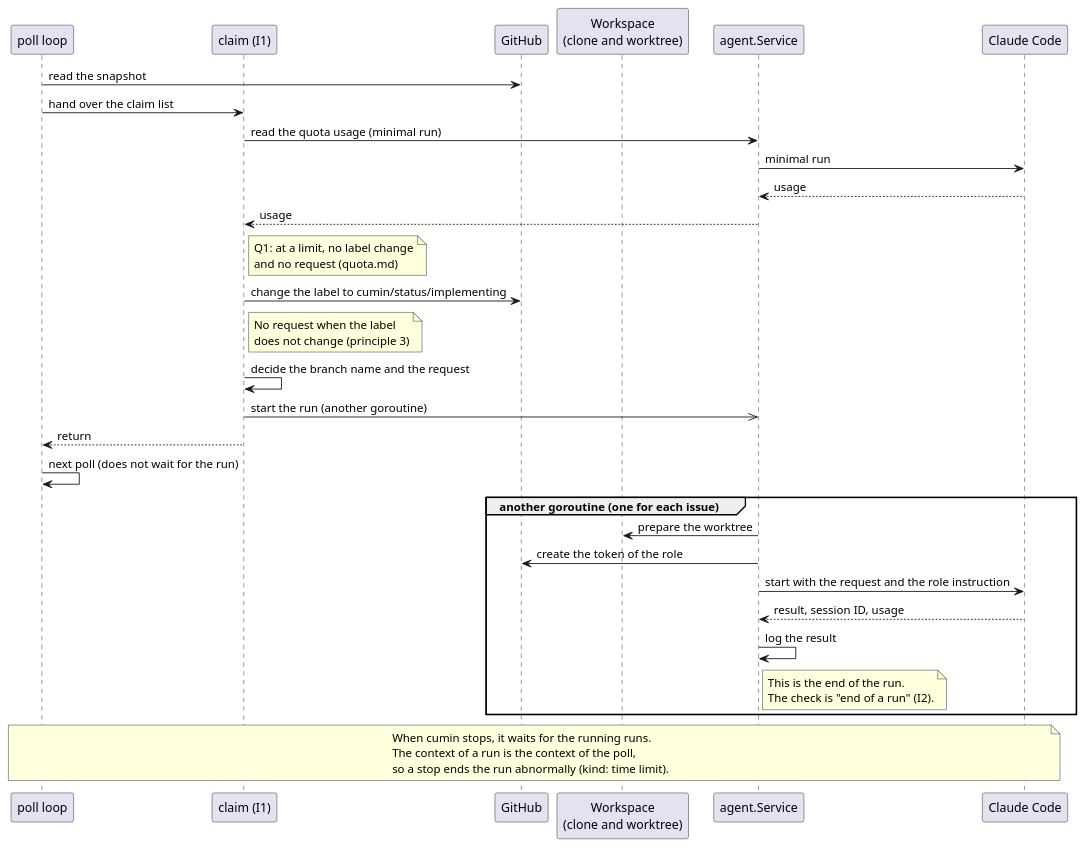
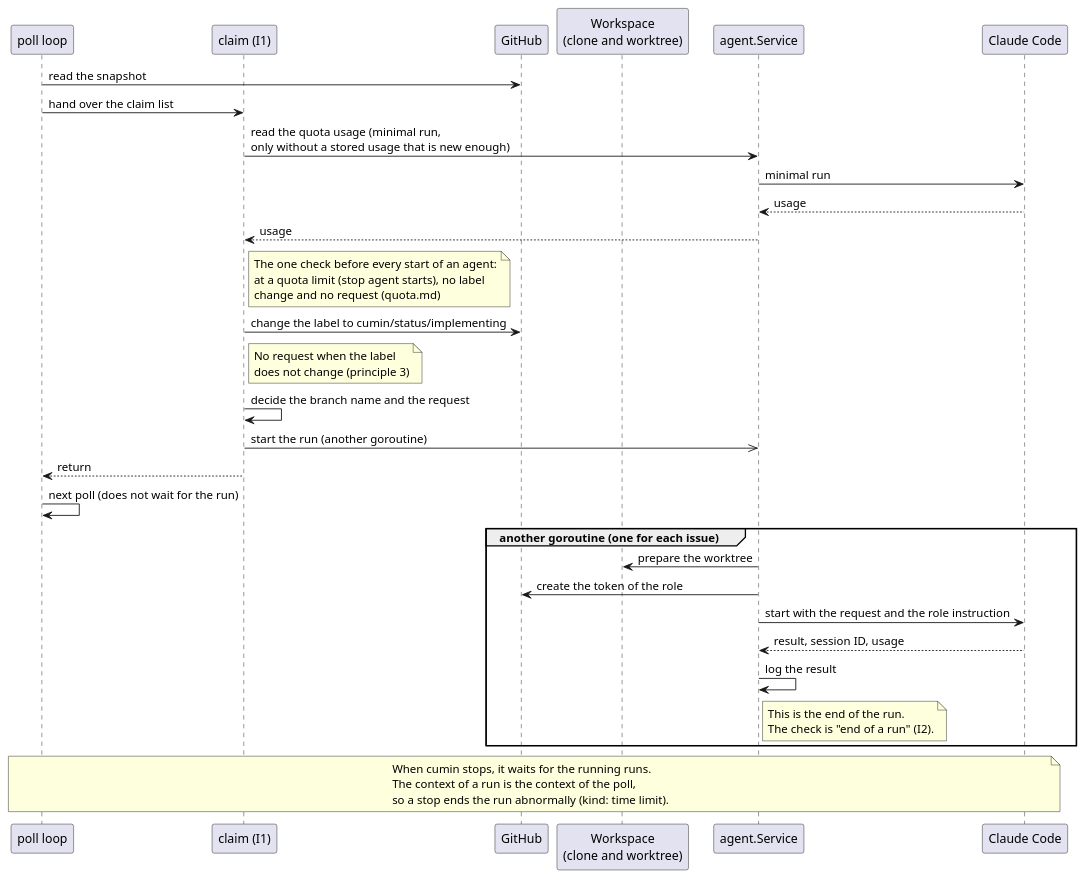
Before and after one commit to cloveclovedev/cumin-works: the diagram in docs/ja/designs/poll-start.puml, drawn with PlantUML. The commit also changed 25 other files, not shown here.

First line of the commit message:
feat(workflow): decide from the quota usage before every start of an agent (#572)

```diff
--- a/docs/ja/designs/poll-start.puml
+++ b/docs/ja/designs/poll-start.puml
@@ -1,52 +1,53 @@
 @startuml poll-start
 ' cumin works - the claim (I1) and agent runs in parallel.
 ' Document: poll.md, section on agent runs in parallel.
 ' Render: run scripts/render-diagrams.sh at the root of the repository.
 skinparam shadowing false
 skinparam defaultFontName sans-serif
 
 participant "poll loop" as poll
 participant "claim (I1)" as claim
 participant "GitHub" as gh
 participant "Workspace\n(clone and worktree)" as ws
 participant "agent.Service" as agents
 participant "Claude Code" as cli
 
 poll -> gh: read the snapshot
 poll -> claim: hand over the claim list
-claim -> agents: read the quota usage (minimal run)
+claim -> agents: read the quota usage (minimal run,\nonly without a stored usage that is new enough)
 agents -> cli: minimal run
 cli --> agents: usage
 agents --> claim: usage
 note right of claim
-  Q1: at a limit, no label change
-  and no request (quota.md)
+  The one check before every start of an agent:
+  at a quota limit (stop agent starts), no label
+  change and no request (quota.md)
 end note
 claim -> gh: change the label to cumin/status/implementing
 note right of claim
   No request when the label
   does not change (principle 3)
 end note
 claim -> claim: decide the branch name and the request
 claim ->> agents: start the run (another goroutine)
 claim --> poll: return
 poll -> poll: next poll (does not wait for the run)
 
 group another goroutine (one for each issue)
   agents -> ws: prepare the worktree
   agents -> gh: create the token of the role
   agents -> cli: start with the request and the role instruction
   cli --> agents: result, session ID, usage
   agents -> agents: log the result
   note right of agents
     This is the end of the run.
     The check is "end of a run" (I2).
   end note
 end
 
 note over poll, cli
   When cumin stops, it waits for the running runs.
   The context of a run is the context of the poll,
   so a stop ends the run abnormally (kind: time limit).
 end note
 @enduml
```
